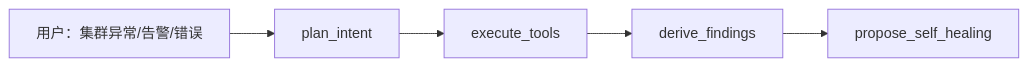
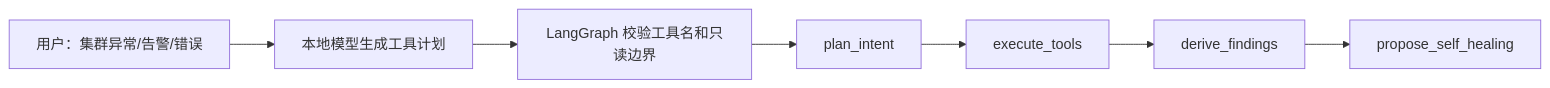
Before and after one commit to chunxili/aiops: the fifth of 10 diagrams in README.md, drawn with Mermaid. The commit also changed other lines of this file and 7 other files, not shown here.

````diff
--- a/README.md
+++ b/README.md
@@ -214,7 +214,9 @@
 ```mermaid
 flowchart LR
-  Input["用户：集群异常/告警/错误"] --> Plan["plan_intent"]
+  Input["用户：集群异常/告警/错误"] --> LLMPlan["本地模型生成工具计划"]
+  LLMPlan --> Validate["LangGraph 校验工具名和只读边界"]
+  Validate --> Plan["plan_intent"]
   Plan --> Execute["execute_tools"]
   Execute --> Findings["derive_findings"]
   Findings --> Heal["propose_self_healing"]
 ```
````
